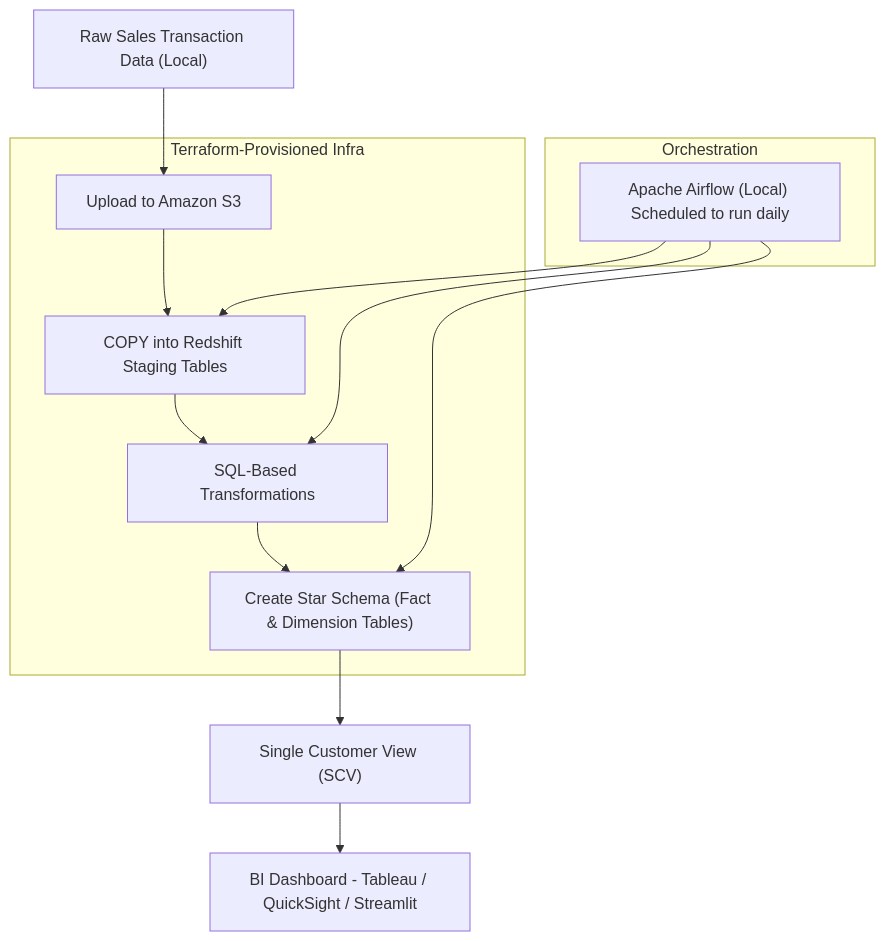
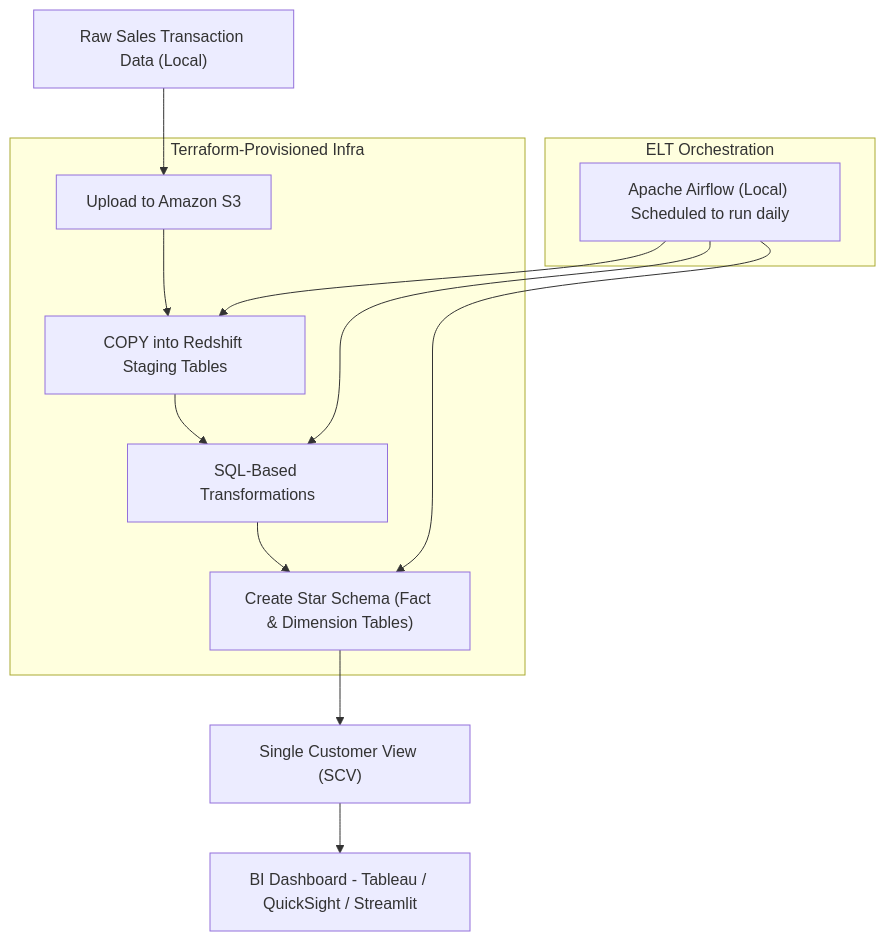
One commit to tungstennn/EcomDataPipeline-DataOps changed the diagram in README.md. Above: the diagram before and after it, drawn with Mermaid.

````diff
--- a/README.md
+++ b/README.md
@@ -14,24 +14,24 @@
 ```mermaid
 graph TD
     A["Raw Sales Transaction Data (Local)"] --> B["Upload to Amazon S3"]
     B --> C["COPY into Redshift Staging Tables"]
     C --> D["SQL-Based Transformations"]
     D --> E["Create Star Schema (Fact & Dimension Tables)"]
     E --> F["Single Customer View (SCV)"]
     F --> G["BI Dashboard - Tableau / QuickSight / Streamlit"]
 
     subgraph "Terraform-Provisioned Infra"
         B
         C
         D
         E
     end
 
-    subgraph "Orchestration"
+    subgraph "ELT Orchestration"
         H["Apache Airflow (Local) Scheduled to run daily"]
     end
 
     H --> C
     H --> D
     H --> E
 ```
````
